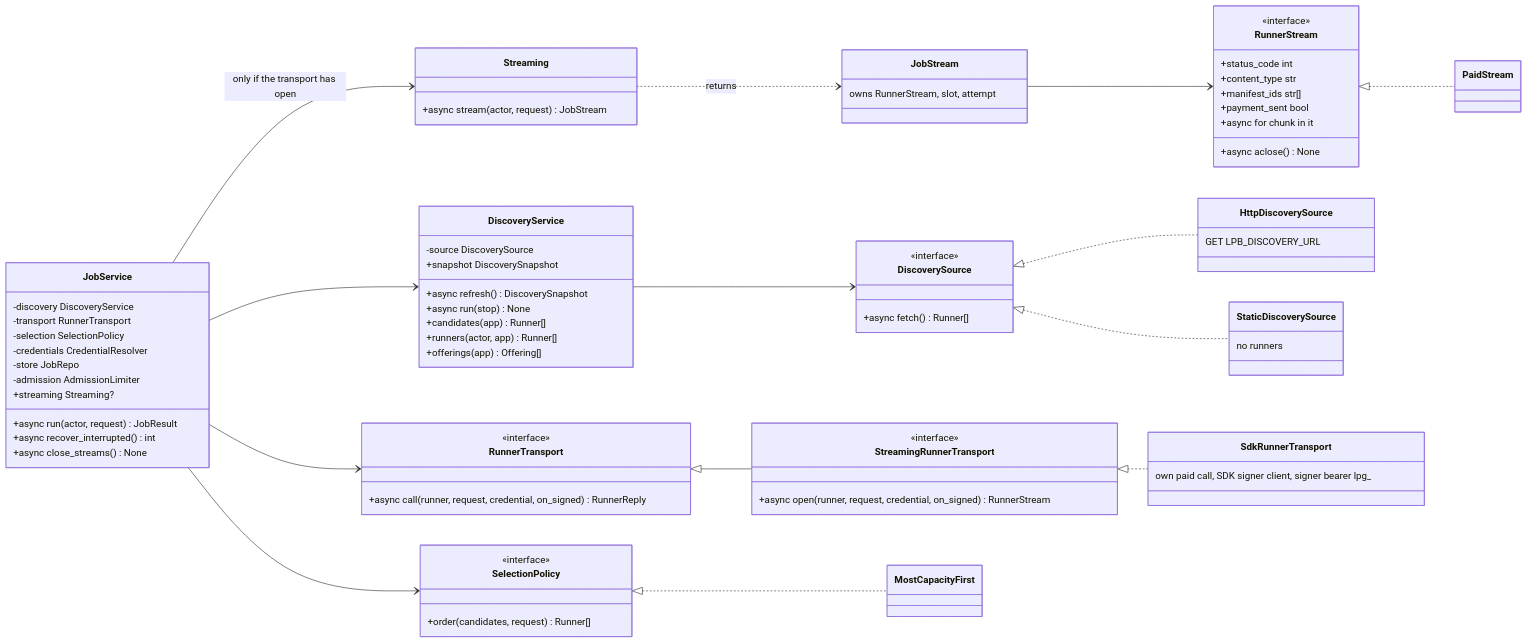
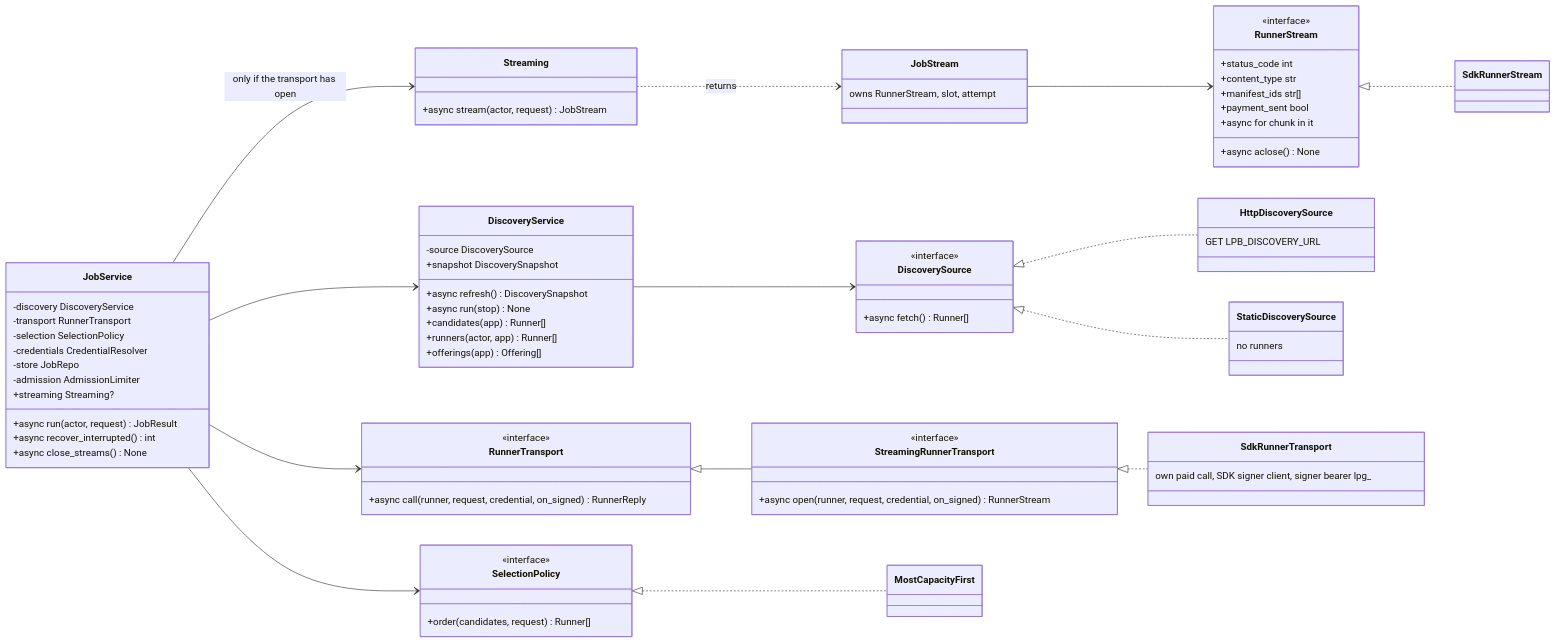
Before and after one commit to NE-Build-Track/livepeer-builder-core: the fourth of 18 diagrams in docs/design-docs/interfaces-and-http-servers.md, drawn with Mermaid. The commit also changed 5 other files, not shown here.

First line of the commit message:
refactor(streams): rename PaidStream to SdkRunnerStream for consistency

````diff
--- a/docs/design-docs/interfaces-and-http-servers.md
+++ b/docs/design-docs/interfaces-and-http-servers.md
@@ -257,80 +257,80 @@
 ```mermaid
 classDiagram
     direction LR
     class DiscoverySource {
         <<interface>>
         +async fetch() Runner[]
     }
     class SelectionPolicy {
         <<interface>>
         +order(candidates, request) Runner[]
     }
     class RunnerTransport {
         <<interface>>
         +async call(runner, request, credential, on_signed) RunnerReply
     }
     class StreamingRunnerTransport {
         <<interface>>
         +async open(runner, request, credential, on_signed) RunnerStream
     }
     class RunnerStream {
         <<interface>>
         +status_code int
         +content_type str
         +manifest_ids str[]
         +payment_sent bool
         +async for chunk in it
         +async aclose() None
     }
     class DiscoveryService {
         -source DiscoverySource
         +snapshot DiscoverySnapshot
         +async refresh() DiscoverySnapshot
         +async run(stop) None
         +candidates(app) Runner[]
         +runners(actor, app) Runner[]
         +offerings(app) Offering[]
     }
     class JobService {
         -discovery DiscoveryService
         -transport RunnerTransport
         -selection SelectionPolicy
         -credentials CredentialResolver
         -store JobRepo
         -admission AdmissionLimiter
         +streaming Streaming?
         +async run(actor, request) JobResult
         +async recover_interrupted() int
         +async close_streams() None
     }
     class Streaming {
         +async stream(actor, request) JobStream
     }
     class JobStream {
         owns RunnerStream, slot, attempt
     }
     class HttpDiscoverySource {
         GET LPB_DISCOVERY_URL
     }
     class StaticDiscoverySource {
         no runners
     }
     class MostCapacityFirst
     class SdkRunnerTransport {
         own paid call, SDK signer client, signer bearer lpg_
     }
-    class PaidStream
+    class SdkRunnerStream
     RunnerTransport <|-- StreamingRunnerTransport
     DiscoverySource <|.. HttpDiscoverySource
     DiscoverySource <|.. StaticDiscoverySource
     SelectionPolicy <|.. MostCapacityFirst
     StreamingRunnerTransport <|.. SdkRunnerTransport
-    RunnerStream <|.. PaidStream
+    RunnerStream <|.. SdkRunnerStream
     DiscoveryService --> DiscoverySource
     JobService --> DiscoveryService
     JobService --> SelectionPolicy
     JobService --> RunnerTransport
     JobService --> Streaming : only if the transport has open
     Streaming ..> JobStream : returns
     JobStream --> RunnerStream
 ```
````
